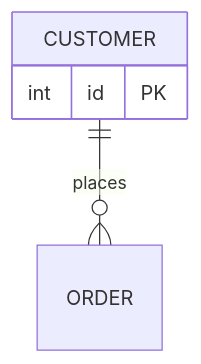
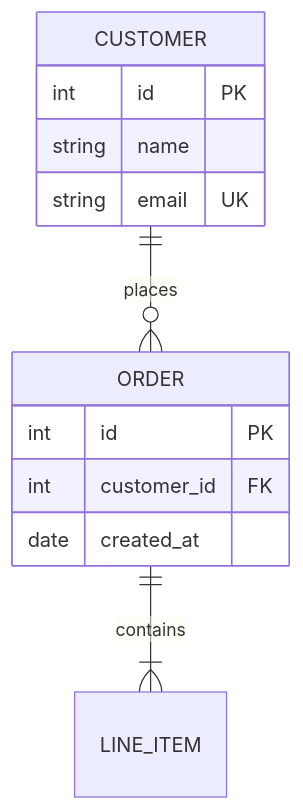
The third of 6 diagrams in aeo-documentation/skills/markdown-mermaid/SKILL.md (AeyeOps/aeo-skill-marketplace), drawn with Mermaid before and after one commit. The commit also changed other lines of this file and 2 other files, not shown here.

First line of the commit message:
docs(markdown-mermaid): improve trigger descriptions and expand patterns

````diff
--- a/aeo-documentation/skills/markdown-mermaid/SKILL.md
+++ b/aeo-documentation/skills/markdown-mermaid/SKILL.md
@@ -94,5 +109,15 @@
 ```mermaid
 erDiagram
     CUSTOMER ||--o{ ORDER : places
-    CUSTOMER { int id PK }
+    ORDER ||--|{ LINE_ITEM : contains
+    CUSTOMER {
+        int id PK
+        string name
+        string email UK
+    }
+    ORDER {
+        int id PK
+        int customer_id FK
+        date created_at
+    }
 ```
````
